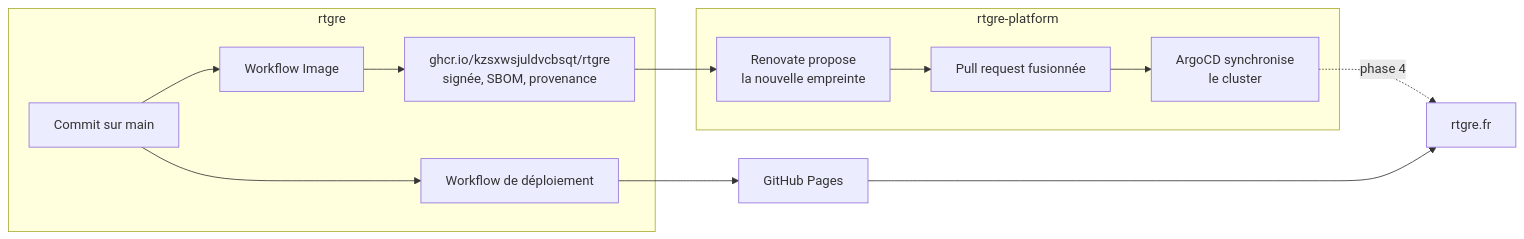
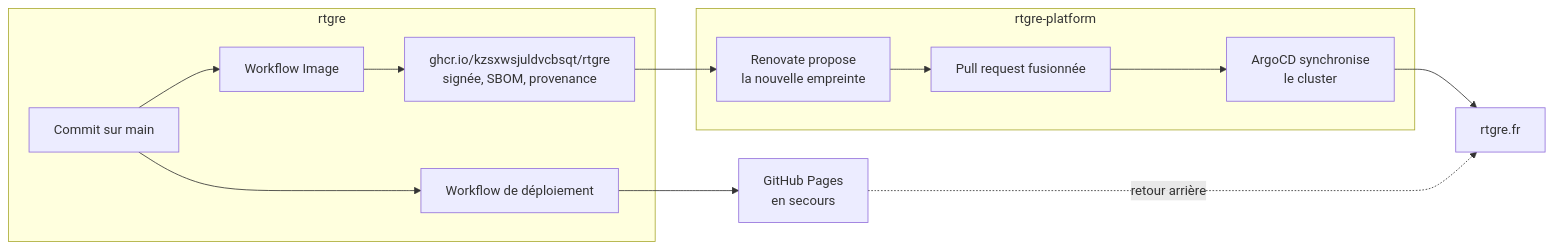
Before and after one commit to kzsxwsjuldvcbsqt/rtgre: the second of 2 diagrams in README.md, drawn with Mermaid. The commit also changed other lines of this file, not shown here.

````diff
--- a/README.md
+++ b/README.md
@@ -310,16 +310,16 @@
 ```mermaid
 flowchart LR
     subgraph rtgre
         A[Commit sur main] --> B[Workflow Image]
         B --> C[ghcr.io/kzsxwsjuldvcbsqt/rtgre<br>signée, SBOM, provenance]
         A --> P[Workflow de déploiement]
     end
     subgraph rtgre-platform
         C --> D[Renovate propose<br>la nouvelle empreinte]
         D --> E[Pull request fusionnée]
         E --> F[ArgoCD synchronise<br>le cluster]
     end
-    P --> G[GitHub Pages]
-    F -. phase 4 .-> H[rtgre.fr]
-    G --> H
+    P --> G[GitHub Pages<br>en secours]
+    F --> H[rtgre.fr]
+    G -. retour arrière .-> H
 ```
````
